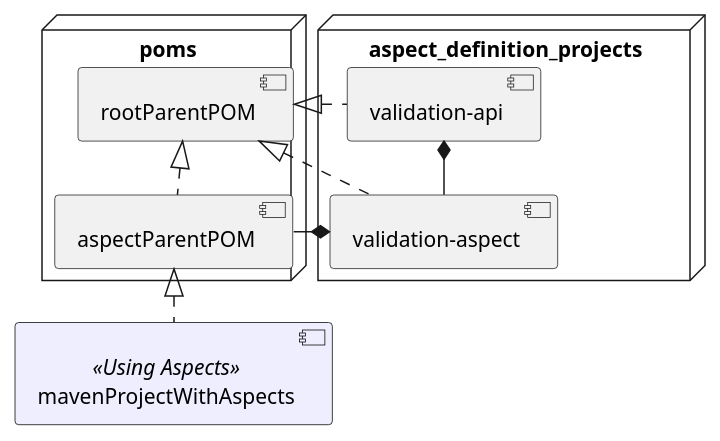
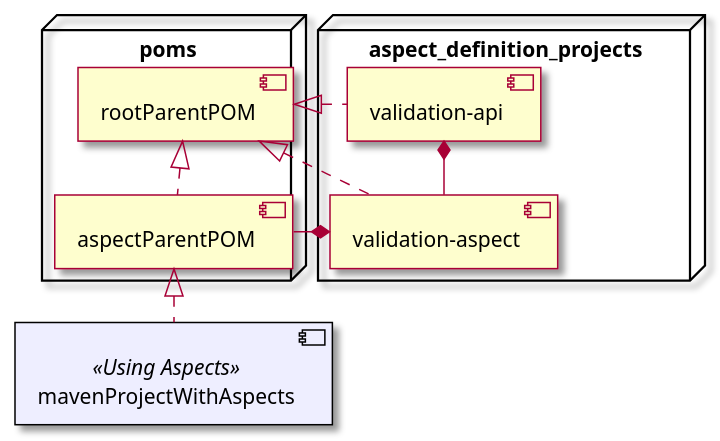
One commit to dev-aspectj/aspectj-maven-plugin changed the diagram in src/site/uml/multimodule_ajc.puml. Above: the diagram before and after it, drawn with PlantUML. The commit also changed 1 other file, not shown here.

Commit message:
Bump PlantUML to 1.2022.2, add 'skin rose' to diagram to keep colouring
Without that option, the colours would change to greyscale, which
actually looks nice, but the diagram might be easier to understand for
users when retaining the colours.

See https://github.com/plantuml/plantuml/issues/969.

```diff
--- a/src/site/uml/multimodule_ajc.puml
+++ b/src/site/uml/multimodule_ajc.puml
@@ -1,32 +1,33 @@
 @startuml
 
 !pragma layout smetana
 
+skin rose
 skinparam component {
   BackgroundColor<<Using Aspects>> #EEEEFF
   BorderColor<<Using Aspects>> black
 }
 
 node poms {
 
     component "rootParentPOM"
     component "aspectParentPOM"
 
     [rootParentPOM] <|.. [aspectParentPOM]
 }
 
 node aspect_definition_projects {
 
     component "validation-api"
     component "validation-aspect"
 
     [rootParentPOM] <|... [validation-api]
     [rootParentPOM] <|.. [validation-aspect]
     [validation-api] *-- [validation-aspect]
     [validation-aspect] *-- [aspectParentPOM]
 }
 
 component "mavenProjectWithAspects"<<Using Aspects>>
 [aspectParentPOM] <|.. [mavenProjectWithAspects]
 
 @enduml
```
